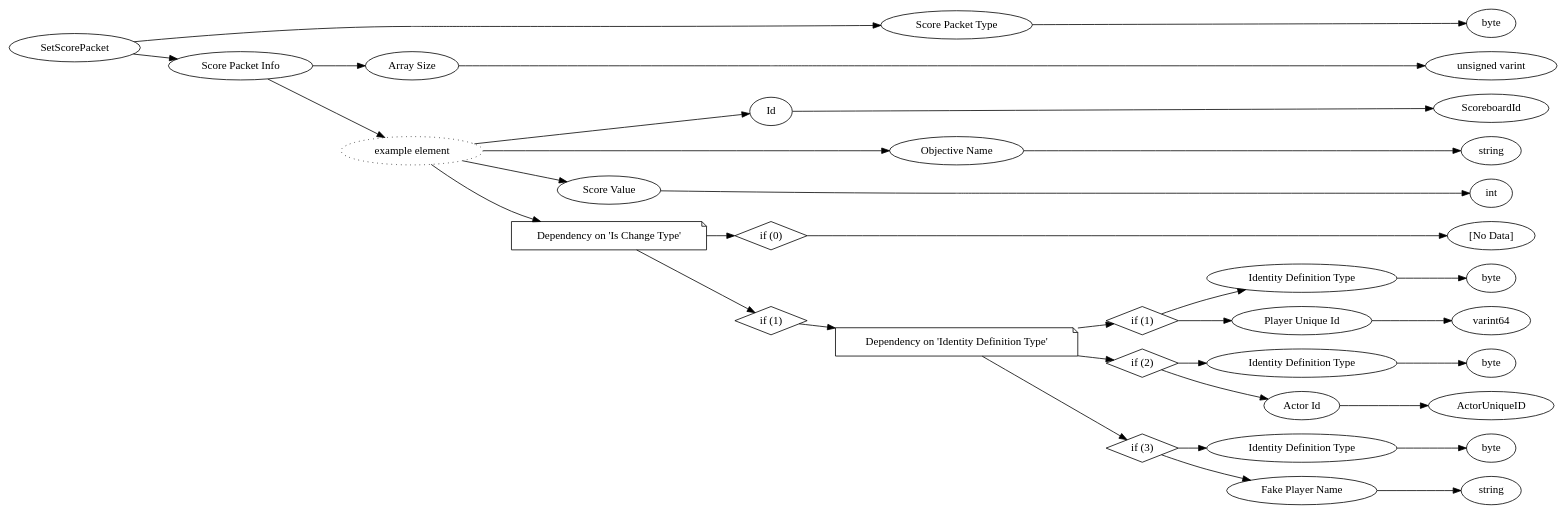
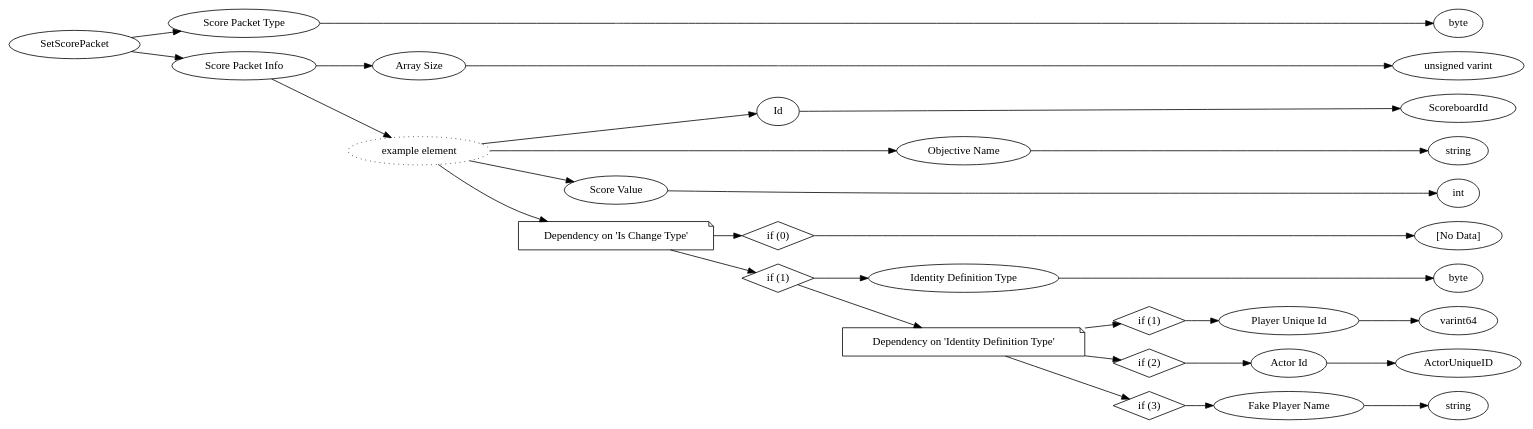
The diagram in dot/SetScorePacket.dot (Mojang/bedrock-protocol-docs), drawn with Graphviz before and after one commit. The commit also changed 39 other files, not shown here.

```diff
--- a/dot/SetScorePacket.dot
+++ b/dot/SetScorePacket.dot
@@ -1,72 +1,64 @@
 digraph "SetScorePacket" {
 rankdir = LR
 0
 0 -> 1
 1 -> 2
 0 -> 3
 3 -> 4
 4 -> 5
 3 -> 6
 6 -> 7
 7 -> 11
 6 -> 12
 12 -> 13
 6 -> 14
 14 -> 15
 6 -> 16
 16 -> 17
 17 -> 18
 16 -> 19
 19 -> 20
 20 -> 21
-21 -> 22
+19 -> 22
 22 -> 23
-21 -> 24
+23 -> 24
 24 -> 25
-20 -> 26
+22 -> 26
 26 -> 27
 27 -> 28
-26 -> 29
+22 -> 29
 29 -> 30
-20 -> 31
-31 -> 32
-32 -> 33
-31 -> 34
-34 -> 35
+30 -> 31
 
 0 [label="SetScorePacket",comment="name: \"SetScorePacket\", typeName: \"\", id: 0, branchId: 108, recurseId: -1, attributes: 0, notes: \"\""];
 1 [label="Score Packet Type",comment="name: \"Score Packet Type\", typeName: \"\", id: 1, branchId: 0, recurseId: -1, attributes: 0, notes: \"\""];
 2 [label="byte",comment="name: \"byte\", typeName: \"\", id: 2, branchId: 0, recurseId: -1, attributes: 512, notes: \"\""];
 3 [label="Score Packet Info",comment="name: \"Score Packet Info\", typeName: \"\", id: 3, branchId: 0, recurseId: -1, attributes: 8, notes: \"\""];
 4 [label="Array Size",comment="name: \"Array Size\", typeName: \"\", id: 4, branchId: 0, recurseId: -1, attributes: 0, notes: \"\""];
 5 [label="unsigned varint",comment="name: \"unsigned varint\", typeName: \"\", id: 5, branchId: 0, recurseId: -1, attributes: 512, notes: \"\""];
 6 [label="example element",style=dotted,comment="name: \"example element\", typeName: \"\", id: 6, branchId: 0, recurseId: -1, attributes: 16, notes: \"\""];
 7 [label="Id",comment="name: \"Id\", typeName: \"ScoreboardId\", id: 7, branchId: 0, recurseId: -1, attributes: 256, notes: \"\""];
 11 [label="ScoreboardId",comment="name: \"ScoreboardId\", typeName: \"\", id: 11, branchId: 0, recurseId: -1, attributes: 512, notes: \"\""];
 12 [label="Objective Name",comment="name: \"Objective Name\", typeName: \"\", id: 12, branchId: 0, recurseId: -1, attributes: 0, notes: \"\""];
 13 [label="string",comment="name: \"string\", typeName: \"\", id: 13, branchId: 0, recurseId: -1, attributes: 512, notes: \"\""];
 14 [label="Score Value",comment="name: \"Score Value\", typeName: \"\", id: 14, branchId: 0, recurseId: -1, attributes: 0, notes: \"\""];
 15 [label="int",comment="name: \"int\", typeName: \"\", id: 15, branchId: 0, recurseId: -1, attributes: 512, notes: \"\""];
 16 [label="Dependency on 'Is Change Type'",shape=note,comment="name: \"Dependency on 'Is Change Type'\", typeName: \"\", id: 16, branchId: 0, recurseId: -1, attributes: 2, notes: \"\""];
 17 [label="if (0)",shape=diamond,comment="name: \"if (0)\", typeName: \"\", id: 17, branchId: 0, recurseId: -1, attributes: 4, notes: \"\""];
 18 [label="[No Data]",comment="name: \"[No Data]\", typeName: \"\", id: 18, branchId: 0, recurseId: -1, attributes: 512, notes: \"\""];
 19 [label="if (1)",shape=diamond,comment="name: \"if (1)\", typeName: \"\", id: 19, branchId: 1, recurseId: -1, attributes: 4, notes: \"\""];
-20 [label="Dependency on 'Identity Definition Type'",shape=note,comment="name: \"Dependency on 'Identity Definition Type'\", typeName: \"\", id: 20, branchId: 0, recurseId: -1, attributes: 2, notes: \"\""];
-21 [label="if (1)",shape=diamond,comment="name: \"if (1)\", typeName: \"\", id: 21, branchId: 1, recurseId: -1, attributes: 4, notes: \"\""];
-22 [label="Identity Definition Type",comment="name: \"Identity Definition Type\", typeName: \"\", id: 22, branchId: 0, recurseId: -1, attributes: 0, notes: \"\""];
-23 [label="byte",comment="name: \"byte\", typeName: \"\", id: 23, branchId: 0, recurseId: -1, attributes: 512, notes: \"\""];
+20 [label="Identity Definition Type",comment="name: \"Identity Definition Type\", typeName: \"\", id: 20, branchId: 0, recurseId: -1, attributes: 0, notes: \"\""];
+21 [label="byte",comment="name: \"byte\", typeName: \"\", id: 21, branchId: 0, recurseId: -1, attributes: 512, notes: \"\""];
+22 [label="Dependency on 'Identity Definition Type'",shape=note,comment="name: \"Dependency on 'Identity Definition Type'\", typeName: \"\", id: 22, branchId: 0, recurseId: -1, attributes: 2, notes: \"\""];
+23 [label="if (1)",shape=diamond,comment="name: \"if (1)\", typeName: \"\", id: 23, branchId: 1, recurseId: -1, attributes: 4, notes: \"\""];
 24 [label="Player Unique Id",comment="name: \"Player Unique Id\", typeName: \"\", id: 24, branchId: 0, recurseId: -1, attributes: 0, notes: \"\""];
 25 [label="varint64",comment="name: \"varint64\", typeName: \"\", id: 25, branchId: 0, recurseId: -1, attributes: 512, notes: \"\""];
 26 [label="if (2)",shape=diamond,comment="name: \"if (2)\", typeName: \"\", id: 26, branchId: 2, recurseId: -1, attributes: 4, notes: \"\""];
-27 [label="Identity Definition Type",comment="name: \"Identity Definition Type\", typeName: \"\", id: 27, branchId: 0, recurseId: -1, attributes: 0, notes: \"\""];
-28 [label="byte",comment="name: \"byte\", typeName: \"\", id: 28, branchId: 0, recurseId: -1, attributes: 512, notes: \"\""];
-29 [label="Actor Id",comment="name: \"Actor Id\", typeName: \"ActorUniqueID\", id: 29, branchId: 0, recurseId: -1, attributes: 256, notes: \"\""];
-30 [label="ActorUniqueID",comment="name: \"ActorUniqueID\", typeName: \"\", id: 30, branchId: 0, recurseId: -1, attributes: 512, notes: \"\""];
-31 [label="if (3)",shape=diamond,comment="name: \"if (3)\", typeName: \"\", id: 31, branchId: 3, recurseId: -1, attributes: 4, notes: \"\""];
-32 [label="Identity Definition Type",comment="name: \"Identity Definition Type\", typeName: \"\", id: 32, branchId: 0, recurseId: -1, attributes: 0, notes: \"\""];
-33 [label="byte",comment="name: \"byte\", typeName: \"\", id: 33, branchId: 0, recurseId: -1, attributes: 512, notes: \"\""];
-34 [label="Fake Player Name",comment="name: \"Fake Player Name\", typeName: \"\", id: 34, branchId: 0, recurseId: -1, attributes: 0, notes: \"\""];
-35 [label="string",comment="name: \"string\", typeName: \"\", id: 35, branchId: 0, recurseId: -1, attributes: 512, notes: \"\""];
-{ rank = max;2;5;11;13;15;18;23;25;28;30;33;35}
+27 [label="Actor Id",comment="name: \"Actor Id\", typeName: \"ActorUniqueID\", id: 27, branchId: 0, recurseId: -1, attributes: 256, notes: \"\""];
+28 [label="ActorUniqueID",comment="name: \"ActorUniqueID\", typeName: \"\", id: 28, branchId: 0, recurseId: -1, attributes: 512, notes: \"\""];
+29 [label="if (3)",shape=diamond,comment="name: \"if (3)\", typeName: \"\", id: 29, branchId: 3, recurseId: -1, attributes: 4, notes: \"\""];
+30 [label="Fake Player Name",comment="name: \"Fake Player Name\", typeName: \"\", id: 30, branchId: 0, recurseId: -1, attributes: 0, notes: \"\""];
+31 [label="string",comment="name: \"string\", typeName: \"\", id: 31, branchId: 0, recurseId: -1, attributes: 512, notes: \"\""];
+{ rank = max;2;5;11;13;15;18;21;25;28;31}
 
 }
```
